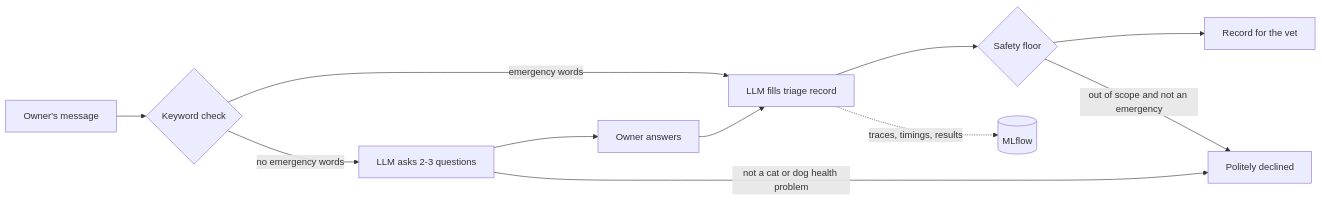
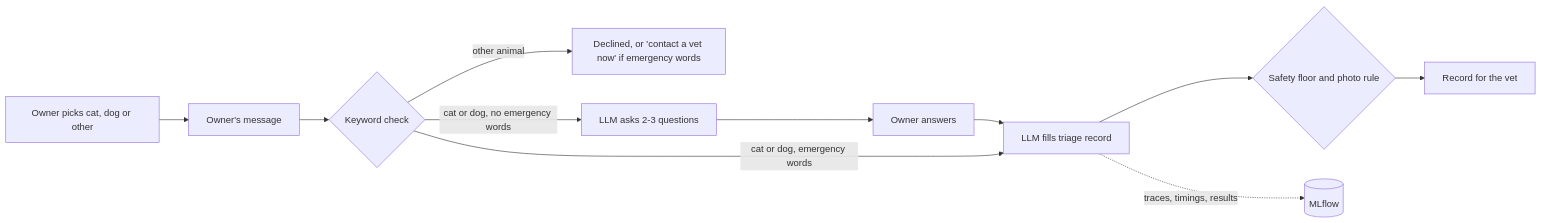
One commit to BenjaminIsaac0111/pet-triage-demo changed the diagram in README.md. Above: the diagram before and after it, drawn with Mermaid. The commit also changed other lines of this file and 23 other files, not shown here.

First line of the commit message:
Prompt v4: the owner picks the animal; code decides scope and photo

````diff
--- a/README.md
+++ b/README.md
@@ -11,13 +13,13 @@
 ```mermaid
 graph LR
-    A[Owner's message] --> B{Keyword check}
-    B -- no emergency words --> C[LLM asks 2-3 questions]
+    S[Owner picks cat, dog or other] --> A[Owner's message]
+    A --> B{Keyword check}
+    B -- other animal --> X[Declined, or 'contact a vet now' if emergency words]
+    B -- cat or dog, no emergency words --> C[LLM asks 2-3 questions]
     C --> D[Owner answers]
     D --> E[LLM fills triage record]
-    B -- emergency words --> E
-    E --> F{Safety floor}
+    B -- cat or dog, emergency words --> E
+    E --> F{Safety floor and photo rule}
     F --> G[Record for the vet]
-    C -- not a cat or dog health problem --> X[Politely declined]
-    F -- out of scope and not an emergency --> X
     E -. traces, timings, results .-> H[(MLflow)]
 ```
````
